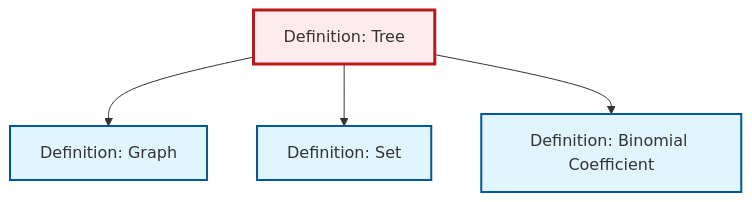
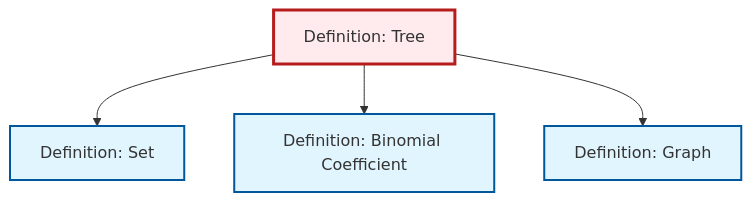
The diagram in content/en/combinatorics/def-tree.qmd (RK0429/ModernMath), drawn with Mermaid before and after one commit. The commit also changed other lines of this file and 474 other files, not shown here.

````diff
--- a/content/en/combinatorics/def-tree.qmd
+++ b/content/en/combinatorics/def-tree.qmd
@@ -135,20 +135,20 @@
 ```{mermaid}
 %%| fig-cap: "Local dependency graph"
 graph TD
     classDef definition fill:#e1f5fe,stroke:#01579b,stroke-width:2px
     classDef theorem fill:#f3e5f5,stroke:#4a148c,stroke-width:2px
     classDef axiom fill:#fff3e0,stroke:#e65100,stroke-width:2px
     classDef example fill:#e8f5e9,stroke:#1b5e20,stroke-width:2px
     classDef current fill:#ffebee,stroke:#b71c1c,stroke-width:3px
+    def-binomial-coefficient["Definition: Binomial Coefficient"]:::definition
+    def-graph["Definition: Graph"]:::definition
     def-tree["Definition: Tree"]:::definition
-    def-graph["Definition: Graph"]:::definition
     def-set["Definition: Set"]:::definition
-    def-binomial-coefficient["Definition: Binomial Coefficient"]:::definition
-    def-tree --> def-graph
     def-tree --> def-set
     def-tree --> def-binomial-coefficient
+    def-tree --> def-graph
     class def-tree current
+    click def-binomial-coefficient "def-binomial-coefficient.html" "Go to Binomial Coefficient definition"
     click def-graph "def-graph.html" "Go to Graph definition"
     click def-set "def-set.html" "Go to Set definition"
-    click def-binomial-coefficient "def-binomial-coefficient.html" "Go to Binomial Coefficient definition"
 ```
````
